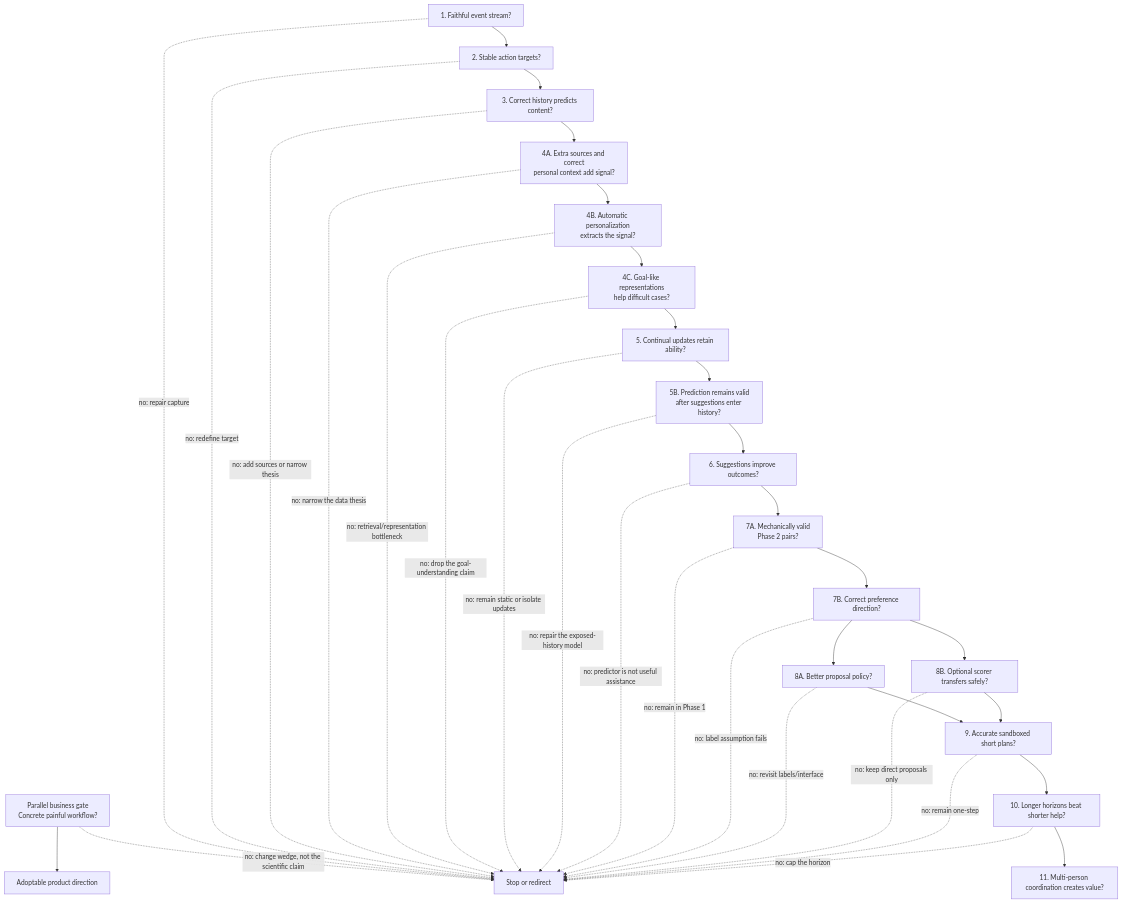
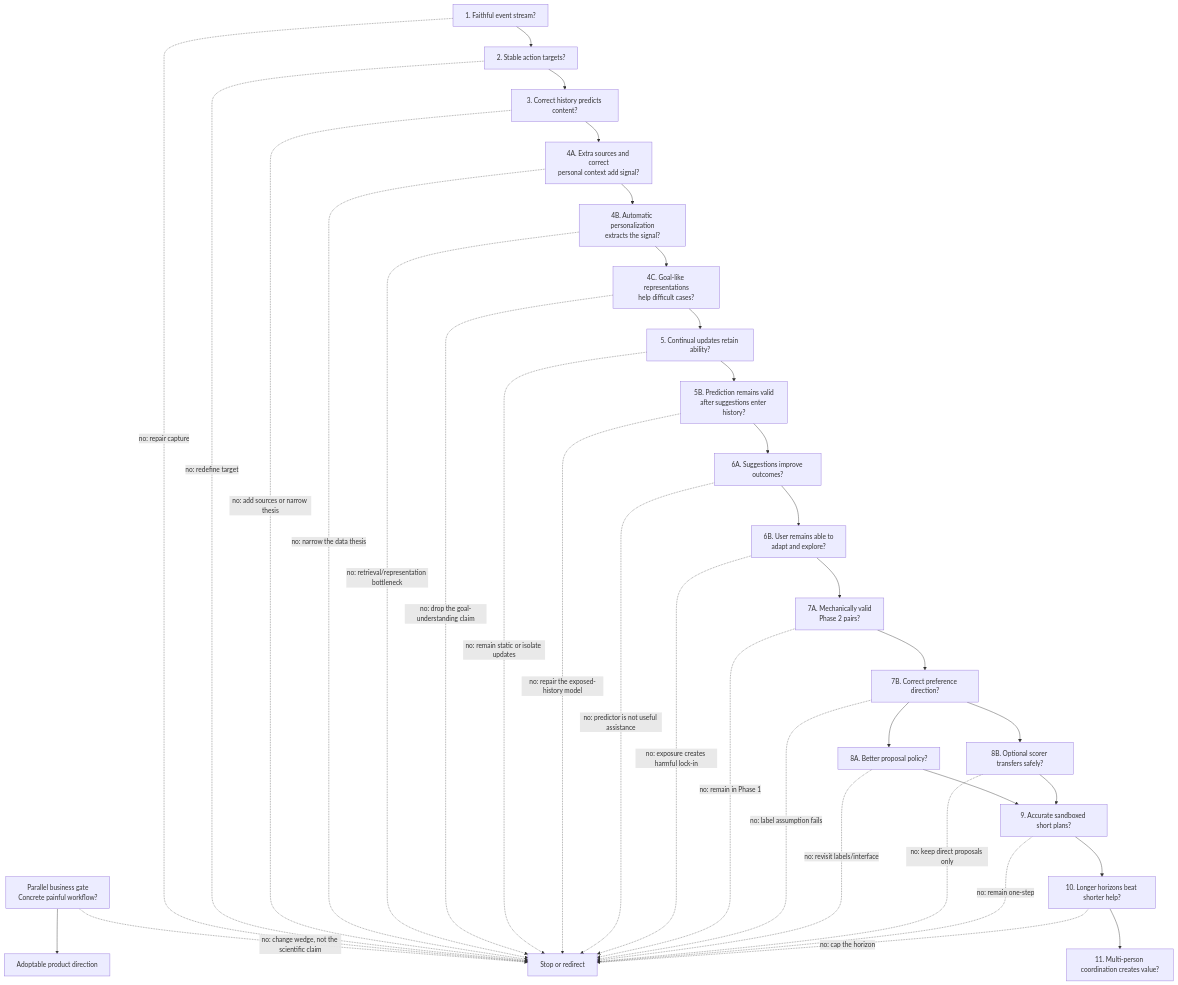
The second of 2 diagrams in 20-syntheses/niyant-personal-ai-thesis-study-guide.md (dylanduyvu/dylanduyvu.github.io), drawn with Mermaid before and after one commit. The commit also changed other lines of this file and 4 other files, not shown here.

````diff
--- a/20-syntheses/niyant-personal-ai-thesis-study-guide.md
+++ b/20-syntheses/niyant-personal-ai-thesis-study-guide.md
@@ -244,36 +256,38 @@
 ```mermaid
 flowchart TD
     A["Parallel business gate<br/>Concrete painful workflow?"] --> A2["Adoptable product direction"]
     B["1. Faithful event stream?"] --> C["2. Stable action targets?"]
     C --> D["3. Correct history predicts content?"]
     D --> E["4A. Extra sources and correct<br/>personal context add signal?"]
     E --> E2["4B. Automatic personalization<br/>extracts the signal?"]
     E2 --> E3["4C. Goal-like representations<br/>help difficult cases?"]
     E3 --> F["5. Continual updates retain ability?"]
     F --> F2["5B. Prediction remains valid<br/>after suggestions enter history?"]
-    F2 --> G["6. Suggestions improve outcomes?"]
-    G --> H["7A. Mechanically valid<br/>Phase 2 pairs?"]
+    F2 --> G["6A. Suggestions improve outcomes?"]
+    G --> G2["6B. User remains able to<br/>adapt and explore?"]
+    G2 --> H["7A. Mechanically valid<br/>Phase 2 pairs?"]
     H --> H2["7B. Correct preference direction?"]
     H2 --> I["8A. Better proposal policy?"]
     H2 --> I2["8B. Optional scorer transfers safely?"]
     I --> J["9. Accurate sandboxed short plans?"]
     I2 --> J
     J --> K["10. Longer horizons beat shorter help?"]
     K --> L["11. Multi-person coordination creates value?"]
     A -. "no: change wedge, not the scientific claim" .-> X["Stop or redirect"]
     B -. "no: repair capture" .-> X
     C -. "no: redefine target" .-> X
     D -. "no: add sources or narrow thesis" .-> X
     E -. "no: narrow the data thesis" .-> X
     E2 -. "no: retrieval/representation bottleneck" .-> X
     E3 -. "no: drop the goal-understanding claim" .-> X
     F -. "no: remain static or isolate updates" .-> X
     F2 -. "no: repair the exposed-history model" .-> X
     G -. "no: predictor is not useful assistance" .-> X
+    G2 -. "no: exposure creates harmful lock-in" .-> X
     H -. "no: remain in Phase 1" .-> X
     H2 -. "no: label assumption fails" .-> X
     I -. "no: revisit labels/interface" .-> X
     I2 -. "no: keep direct proposals only" .-> X
     J -. "no: remain one-step" .-> X
     K -. "no: cap the horizon" .-> X
 ```
````
